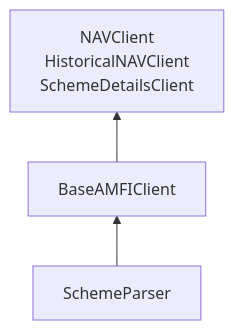
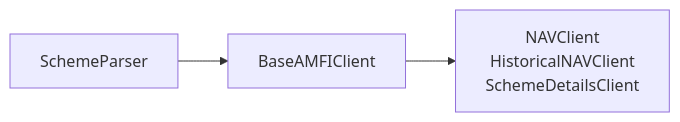
Before and after one commit to Anant-mishra1729/FundKit: the first of 4 diagrams in src/fundkit/data/README.md, drawn with Mermaid. The commit also changed other lines of this file and 8 other files, not shown here.

Commit message:
Schema designing

````diff
--- a/src/fundkit/data/README.md
+++ b/src/fundkit/data/README.md
@@ -27,10 +21,10 @@
 ```mermaid
-flowchart BT
+flowchart LR
     Parser[SchemeParser]
     Base[BaseAMFIClient]
     Clients[NAVClient
-    HistoricalNAVClient 
+    HistoricalNAVClient
     SchemeDetailsClient]
 
     Parser --> Base --> Clients
 ```
````
